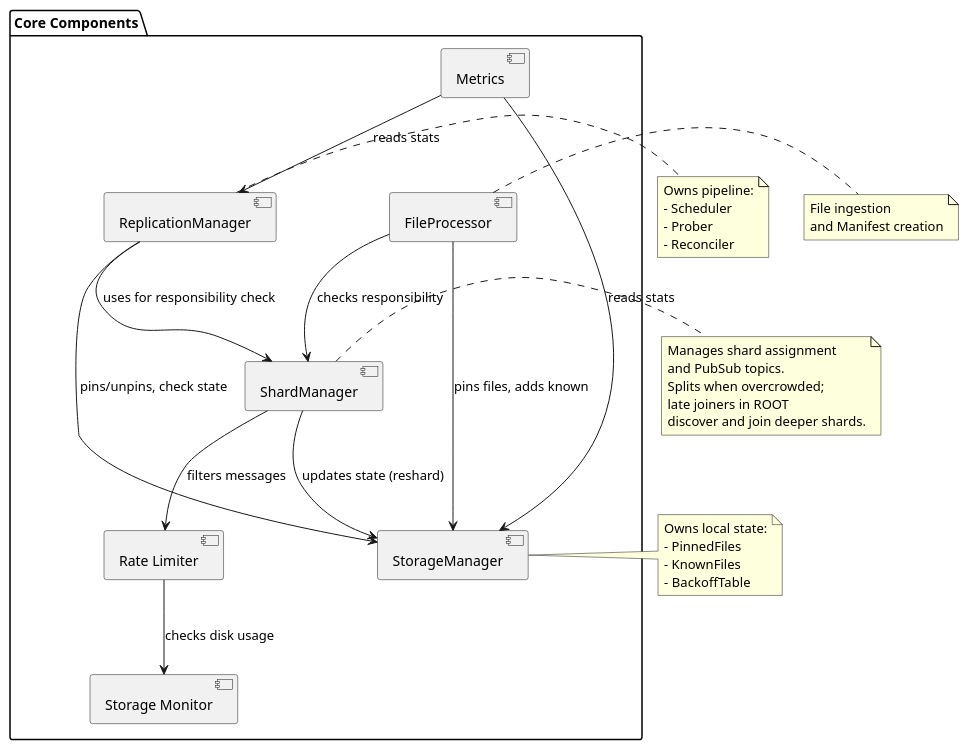
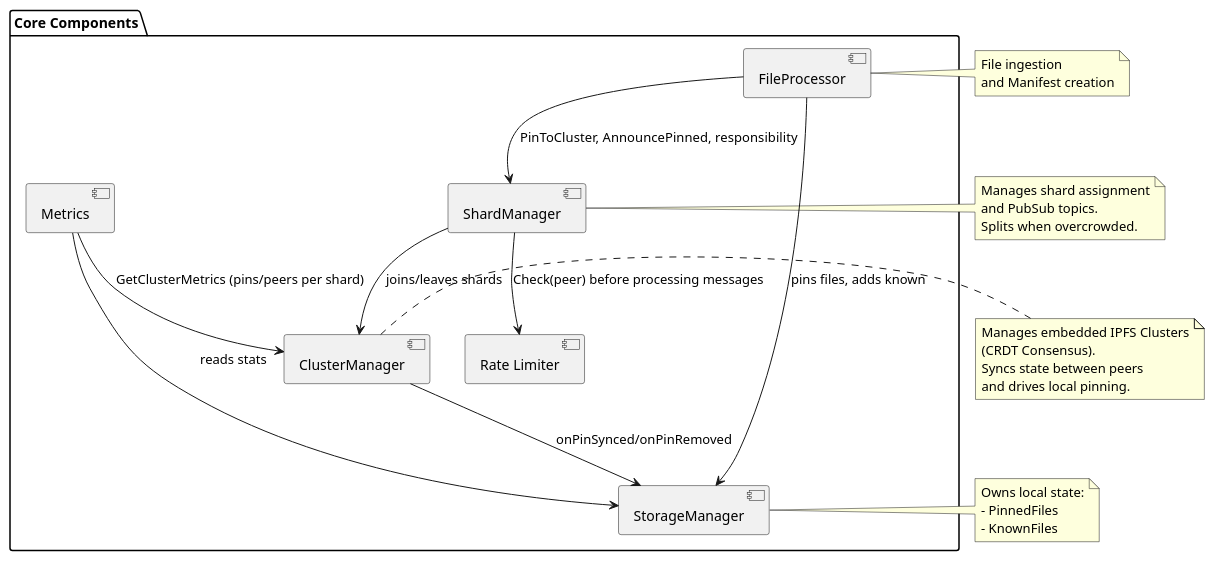
Before and after one commit to gipplab/D-LOCKSS: the diagram in docs/component_diagram.puml, drawn with PlantUML. The commit also changed 65 other files, not shown here.

First line of the commit message:
Cluster of clusters (#23)

```diff
--- a/docs/component_diagram.puml
+++ b/docs/component_diagram.puml
@@ -1,50 +1,44 @@
 @startuml D-LOCKSS Component Diagram
 
 package "Core Components" {
     component "ShardManager" as ShardManager
+    component "ClusterManager" as ClusterManager
     component "StorageManager" as StorageManager
-    component "ReplicationManager" as ReplicationManager
     component "FileProcessor" as FileProcessor
     component Metrics
     component "Rate Limiter" as RateLimiter
-    component "Storage Monitor" as StorageMonitor
 }
 
-ShardManager --> StorageManager : updates state (reshard)
-ReplicationManager --> StorageManager : pins/unpins, check state
-ReplicationManager --> ShardManager : uses for responsibility check
+ShardManager --> ClusterManager : joins/leaves shards
+ClusterManager --> StorageManager : onPinSynced/onPinRemoved
 FileProcessor --> StorageManager : pins files, adds known
-FileProcessor --> ShardManager : checks responsibility
-ShardManager --> RateLimiter : filters messages
-RateLimiter --> StorageMonitor : checks disk usage
+FileProcessor --> ShardManager : PinToCluster, AnnouncePinned, responsibility
+ShardManager --> RateLimiter : Check(peer) before processing messages
 Metrics --> StorageManager : reads stats
-Metrics --> ReplicationManager : reads stats
+Metrics --> ClusterManager : GetClusterMetrics (pins/peers per shard)
 
 note right of ShardManager
     Manages shard assignment
     and PubSub topics.
-    Splits when overcrowded;
-    late joiners in ROOT
-    discover and join deeper shards.
+    Splits when overcrowded.
+end note
+
+note right of ClusterManager
+    Manages embedded IPFS Clusters
+    (CRDT Consensus).
+    Syncs state between peers
+    and drives local pinning.
 end note
 
 note right of StorageManager
     Owns local state:
     - PinnedFiles
     - KnownFiles
-    - BackoffTable
-end note
-
-note right of ReplicationManager
-    Owns pipeline:
-    - Scheduler
-    - Prober
-    - Reconciler
 end note
 
 note right of FileProcessor
     File ingestion
     and Manifest creation
 end note
 
 @enduml
```
